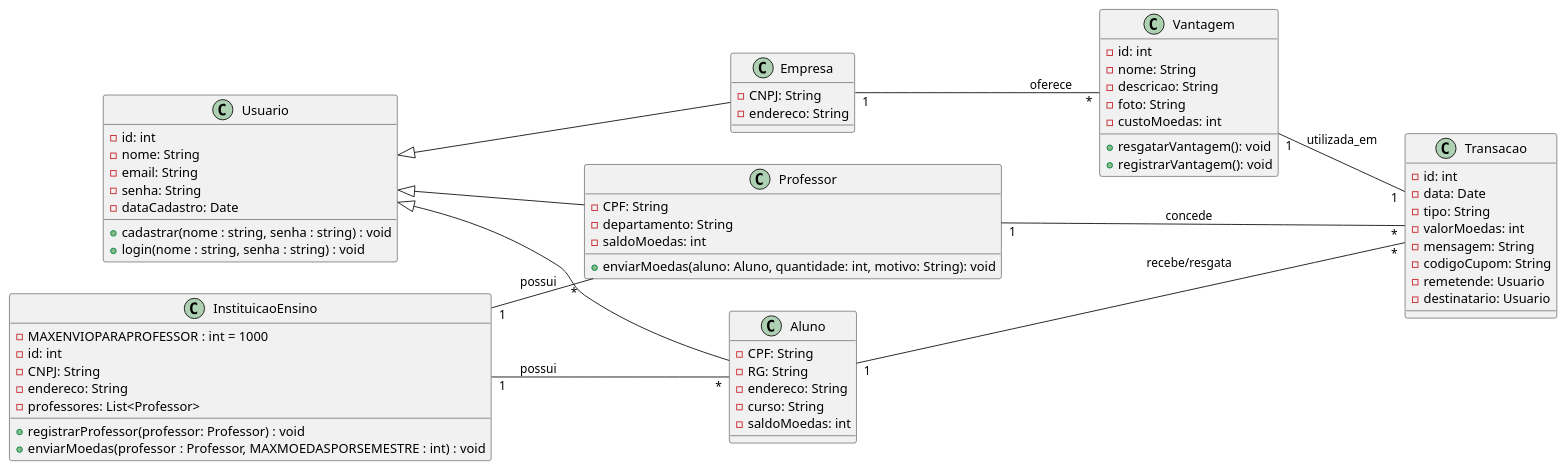
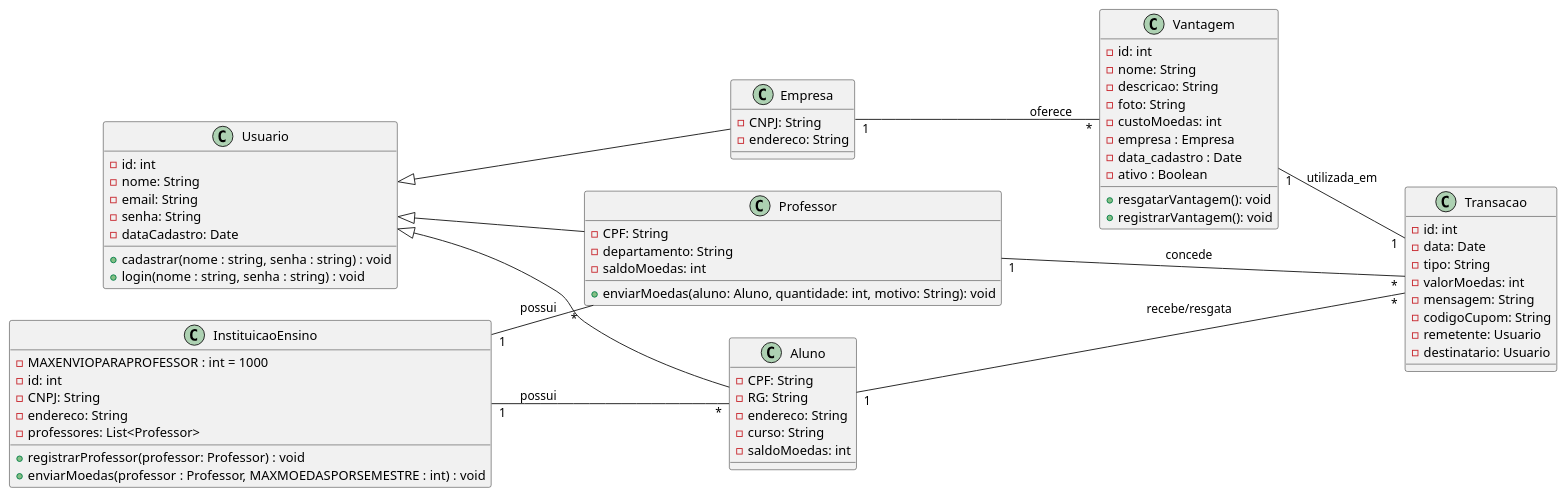
Before and after one commit to iannovais/lds-moeda: the diagram in project/code/classdiagram.plantuml, drawn with PlantUML. The commit also changed 12 other files, not shown here.

Commit message:
Atualizações de diagramas

```diff
--- a/project/code/classdiagram.plantuml
+++ b/project/code/classdiagram.plantuml
@@ -1,72 +1,75 @@
 @startuml
 left to right direction
 
 class Usuario {
   - id: int
   - nome: String
   - email: String
   - senha: String
   - dataCadastro: Date
   + cadastrar(nome : string, senha : string) : void 
   + login(nome : string, senha : string) : void 
 }
 
 class Aluno extends Usuario {
   - CPF: String
   - RG: String
   - endereco: String
   - curso: String
   - saldoMoedas: int
 }
 
 class Professor extends Usuario {
   - CPF: String
   - departamento: String
   - saldoMoedas: int
   + enviarMoedas(aluno: Aluno, quantidade: int, motivo: String): void
 }
 
 class Empresa extends Usuario {
   - CNPJ: String
   - endereco: String
 }
 
 class InstituicaoEnsino {
   - MAXENVIOPARAPROFESSOR : int = 1000
   - id: int
   - CNPJ: String
   - endereco: String
   - professores: List<Professor>
   + registrarProfessor(professor: Professor) : void
   + enviarMoedas(professor : Professor, MAXMOEDASPORSEMESTRE : int) : void
 }
 
 class Vantagem {
   - id: int
   - nome: String
   - descricao: String
   - foto: String
   - custoMoedas: int
+  - empresa : Empresa
+  - data_cadastro : Date
+  - ativo : Boolean
   + resgatarVantagem(): void
   + registrarVantagem(): void
 }
 
 class Transacao {
   - id: int
   - data: Date
   - tipo: String
   - valorMoedas: int
   - mensagem: String
   - codigoCupom: String
-  - remetende: Usuario
+  - remetente: Usuario
   - destinatario: Usuario
 }
 
 Aluno "1" -- "*" Transacao : recebe/resgata
 Professor "1" -- "*" Transacao : concede
 Empresa "1" -- "*" Vantagem : oferece
 Vantagem "1" -- "1" Transacao : utilizada_em
 InstituicaoEnsino "1" -- "*" Aluno : possui
 InstituicaoEnsino "1" -- "*" Professor : possui
 
 @enduml
```
